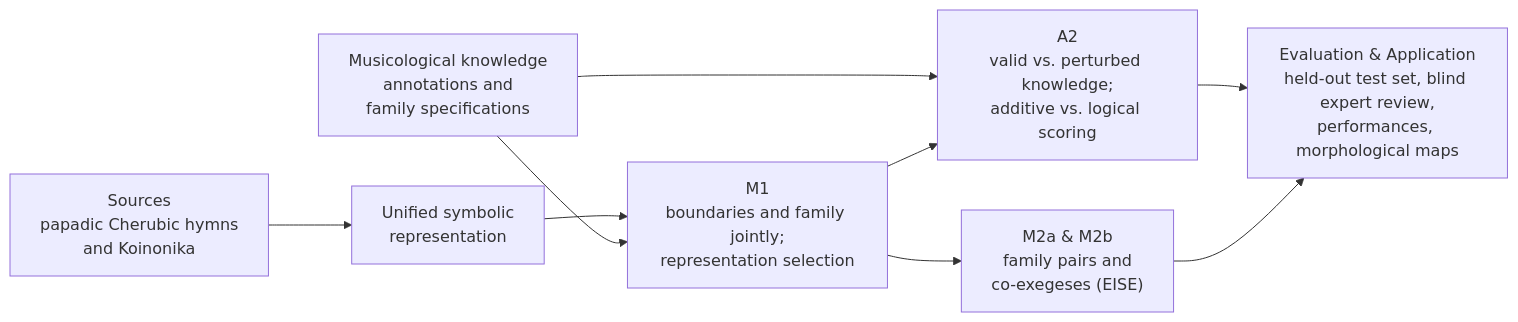
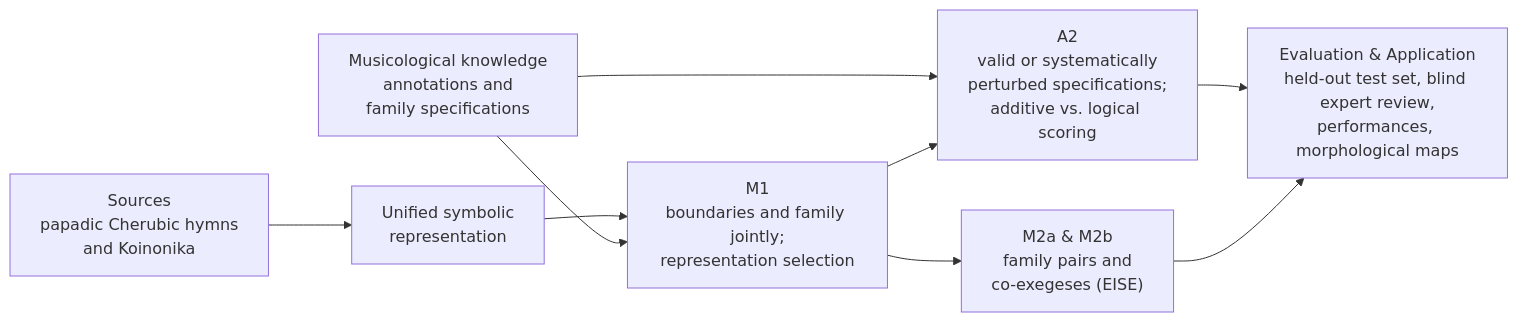
The diagram in en/docs/start/research-summary.md (GeorgeSpy/byz-position-phd-study), drawn with Mermaid before and after one commit. The commit also changed other lines of this file and 19 other files, not shown here.

````diff
--- a/en/docs/start/research-summary.md
+++ b/en/docs/start/research-summary.md
@@ -71,12 +71,12 @@
 ```mermaid
 flowchart LR
   K["Musicological knowledge<br/>annotations and<br/>family specifications"]
   S["Sources<br/>papadic Cherubic hymns<br/>and Koinonika"] --> R["Unified symbolic<br/>representation"]
   R --> M1["M1<br/>boundaries and family jointly;<br/>representation selection"]
   K --> M1
   K --> A2
-  M1 --> A2["A2<br/>valid vs. perturbed knowledge;<br/>additive vs. logical scoring"]
+  M1 --> A2["A2<br/>valid or systematically<br/>perturbed specifications;<br/>additive vs. logical scoring"]
   M1 --> M2["M2a & M2b<br/>family pairs and<br/>co-exegeses (EISE)"]
   A2 --> E["Evaluation & Application<br/>held-out test set, blind expert review,<br/>performances, morphological maps"]
   M2 --> E
 ```
````
